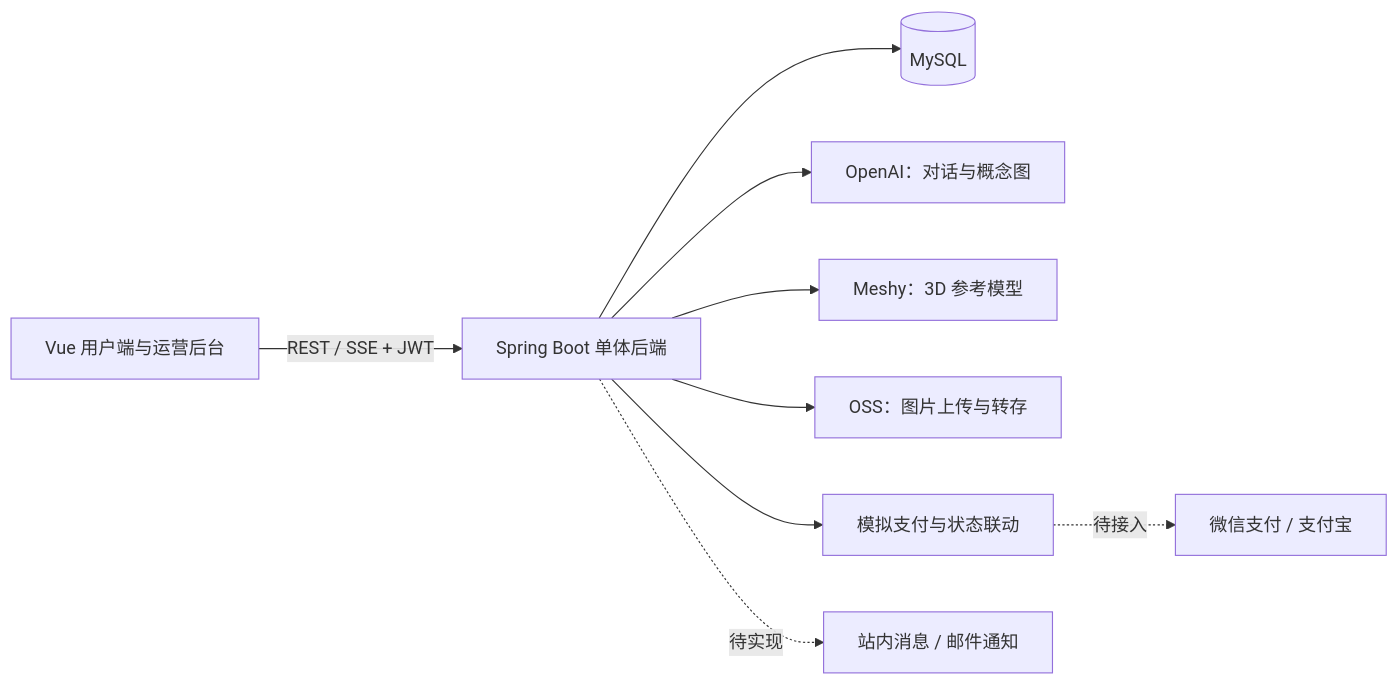
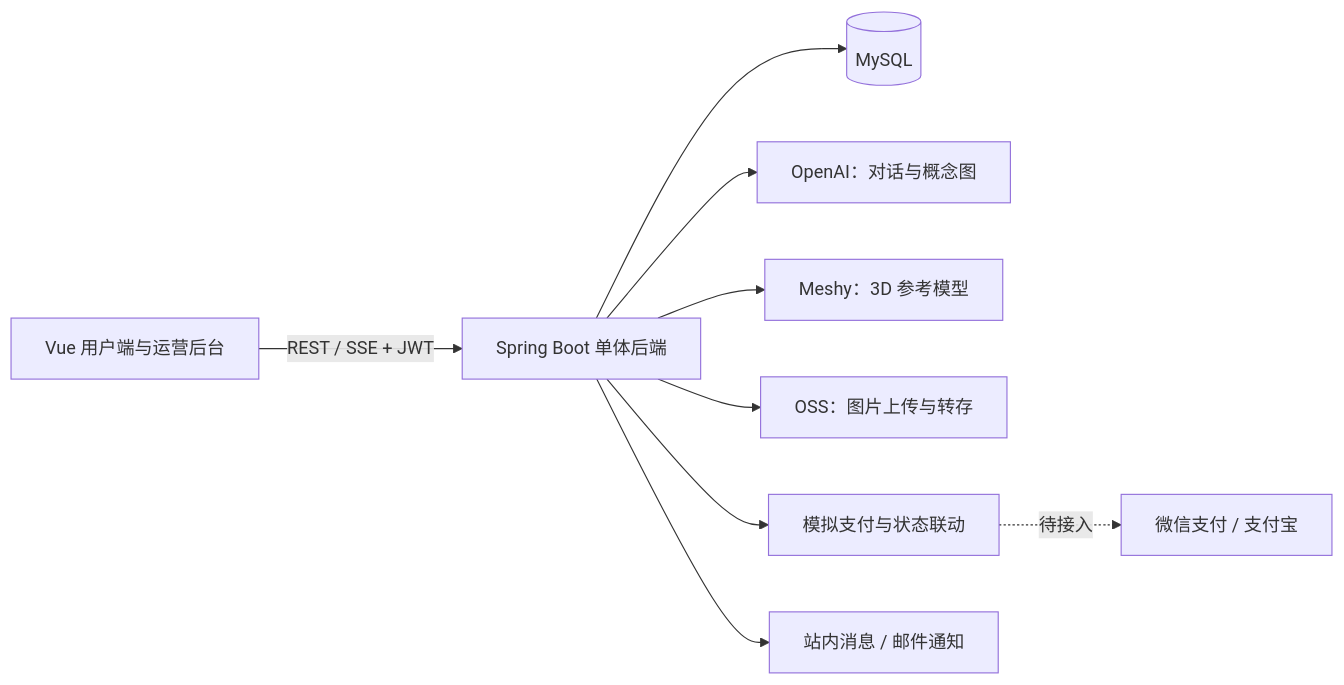
One commit to LJunP/diy-figure changed the second of 2 diagrams in README.md. Above: the diagram before and after it, drawn with Mermaid. The commit also changed other lines of this file and 136 other files, not shown here.

First line of the commit message:
Complete the DIY figure platform for public source.

````diff
--- a/README.md
+++ b/README.md
@@ -198,11 +210,11 @@
 ```mermaid
 flowchart LR
     U[Vue 用户端与运营后台] -->|REST / SSE + JWT| B[Spring Boot 单体后端]
     B --> D[(MySQL)]
     B --> A[OpenAI：对话与概念图]
     B --> M[Meshy：3D 参考模型]
     B --> O[OSS：图片上传与转存]
     B --> P[模拟支付与状态联动]
     P -. 待接入 .-> G[微信支付 / 支付宝]
-    B -. 待实现 .-> N[站内消息 / 邮件通知]
+    B --> N[站内消息 / 邮件通知]
 ```
````
